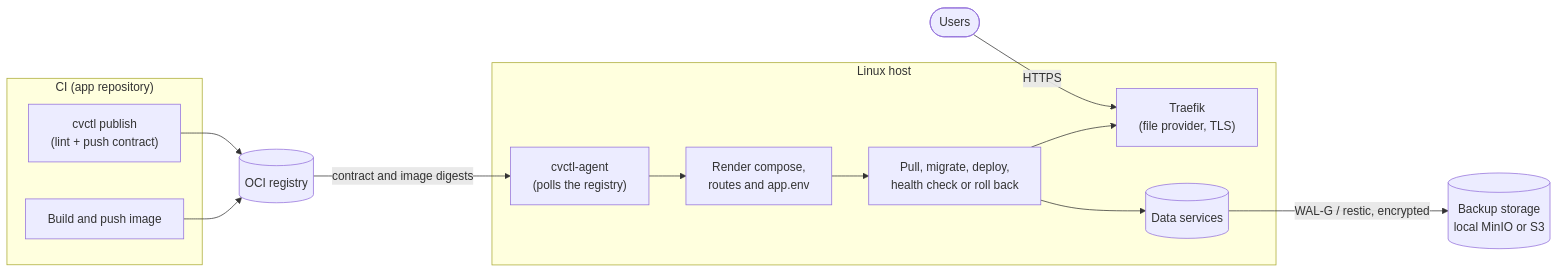
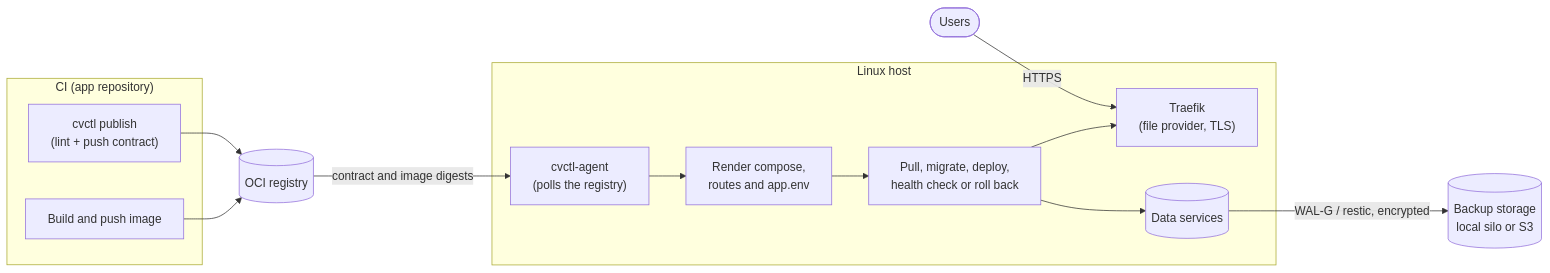
One commit to Codeavers/cvctl changed the diagram in README.md. Above: the diagram before and after it, drawn with Mermaid. The commit also changed other lines of this file and 2 other files, not shown here.

Commit message:
docs: el almacenamiento local es silo y precisar la comparativa

````diff
--- a/README.md
+++ b/README.md
@@ -80,26 +80,26 @@
 ```mermaid
 flowchart LR
   subgraph CI["CI (app repository)"]
     build["Build and push image"]
     pub["cvctl publish<br/>(lint + push contract)"]
   end
   reg[("OCI registry")]
   subgraph Host["Linux host"]
     agent["cvctl-agent<br/>(polls the registry)"]
     render["Render compose,<br/>routes and app.env"]
     deploy["Pull, migrate, deploy,<br/>health check or roll back"]
     traefik["Traefik<br/>(file provider, TLS)"]
     data[("Data services")]
   end
-  store[("Backup storage<br/>local MinIO or S3")]
+  store[("Backup storage<br/>local silo or S3")]
   users(["Users"])
 
   build --> reg
   pub --> reg
   reg -- "contract and image digests" --> agent
   agent --> render --> deploy
   deploy --> traefik
   deploy --> data
   data -- "WAL-G / restic, encrypted" --> store
   users -- "HTTPS" --> traefik
 ```
````
